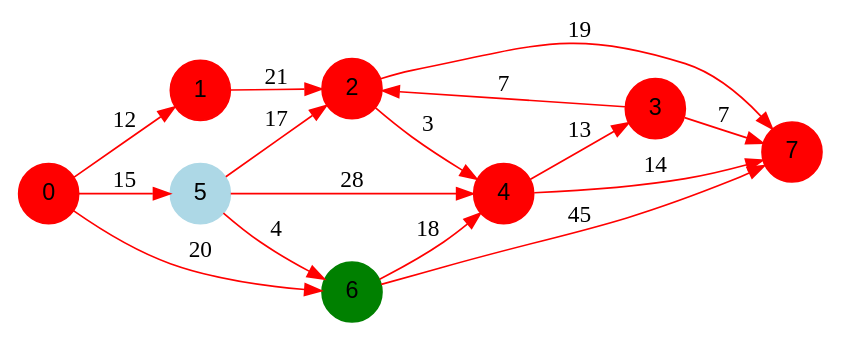
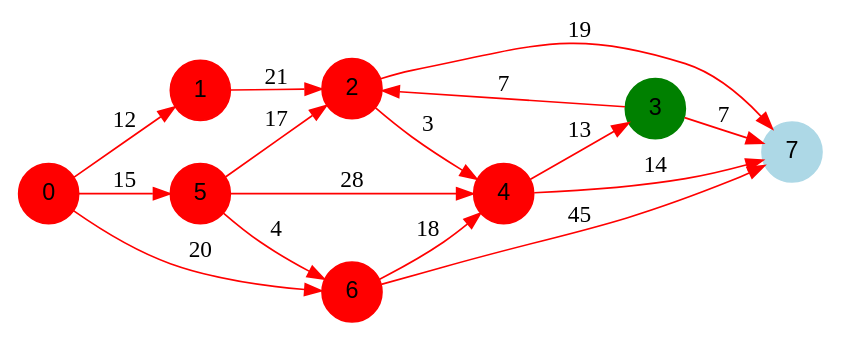
One commit to benech17/Shortest-Path changed the diagram in programme1/output/dotFiles/graph1/graph1_6.dot. Above: the diagram before and after it, drawn with Graphviz. The commit also changed 5 other files, not shown here.

```diff
--- a/programme1/output/dotFiles/graph1/graph1_6.dot
+++ b/programme1/output/dotFiles/graph1/graph1_6.dot
@@ -1,27 +1,27 @@
 digraph graphe {
 rankdir = LR;
 edge [color=red];
 0 [fontname="Arial", shape = circle, color=red, style=filled];
 1 [fontname="Arial", shape = circle, color=red, style=filled];
 2 [fontname="Arial", shape = circle, color=red, style=filled];
-3 [fontname="Arial", shape = circle, color=red, style=filled];
+3 [fontname="Arial", shape = circle, color=green, style=filled];
 4 [fontname="Arial", shape = circle, color=red, style=filled];
-5 [fontname="Arial", shape = circle, color=lightblue, style=filled];
-6 [fontname="Arial", shape = circle, color=green, style=filled];
-7 [fontname="Arial", shape = circle, color=red, style=filled];
+5 [fontname="Arial", shape = circle, color=red, style=filled];
+6 [fontname="Arial", shape = circle, color=red, style=filled];
+7 [fontname="Arial", shape = circle, color=lightblue, style=filled];
 	0 -> 1 [label = "12"];
 	0 -> 5 [label = "15"];
 	0 -> 6 [label = "20"];
 	1 -> 2 [label = "21"];
 	2 -> 4 [label = "3"];
 	2 -> 7 [label = "19"];
 	3 -> 2 [label = "7"];
 	3 -> 7 [label = "7"];
 	4 -> 3 [label = "13"];
 	4 -> 7 [label = "14"];
 	5 -> 2 [label = "17"];
 	5 -> 4 [label = "28"];
 	5 -> 6 [label = "4"];
 	6 -> 4 [label = "18"];
 	6 -> 7 [label = "45"];
 }
```
